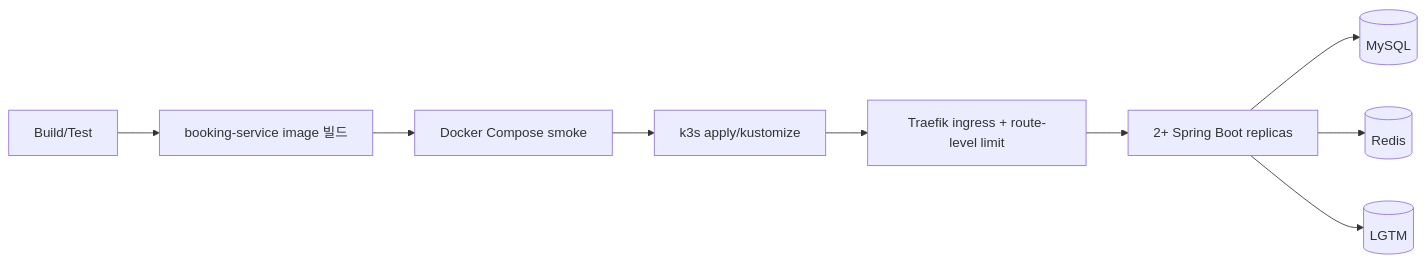
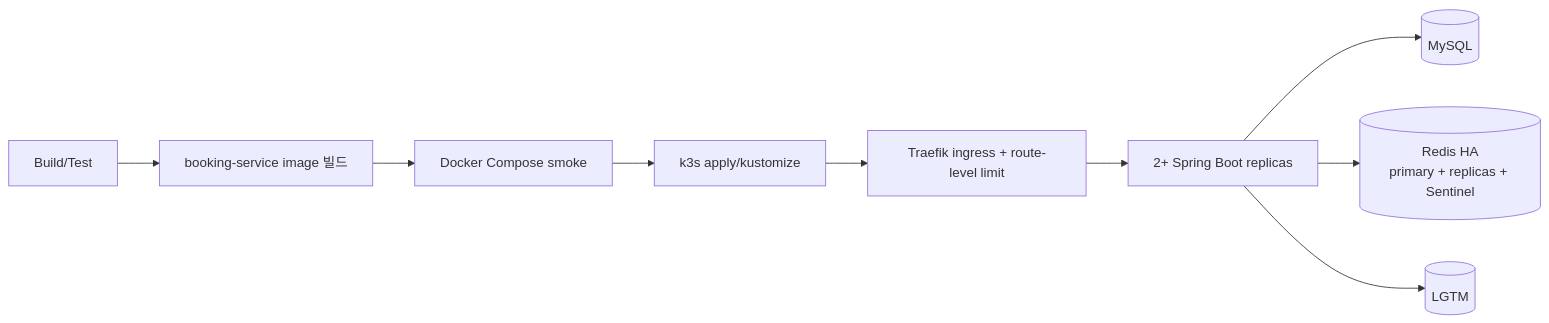
The fifth of 5 diagrams in docs/system-design/sdd.md (lsh1215/peak-booking-system), drawn with Mermaid before and after one commit. The commit also changed other lines of this file and 9 other files, not shown here.

````diff
--- a/docs/system-design/sdd.md
+++ b/docs/system-design/sdd.md
@@ -684,11 +694,11 @@
 ```mermaid
 flowchart LR
     Dev[Build/Test] --> Image[booking-service image 빌드]
     Image --> Local[Docker Compose smoke]
     Local --> K3s[k3s apply/kustomize]
     K3s --> Traefik[Traefik ingress + route-level limit]
     Traefik --> Replicas[2+ Spring Boot replicas]
     Replicas --> MySQL[(MySQL)]
-    Replicas --> Redis[(Redis)]
+    Replicas --> RedisHA[(Redis HA<br/>primary + replicas + Sentinel)]
     Replicas --> LGTM[(LGTM)]
 ```
````
